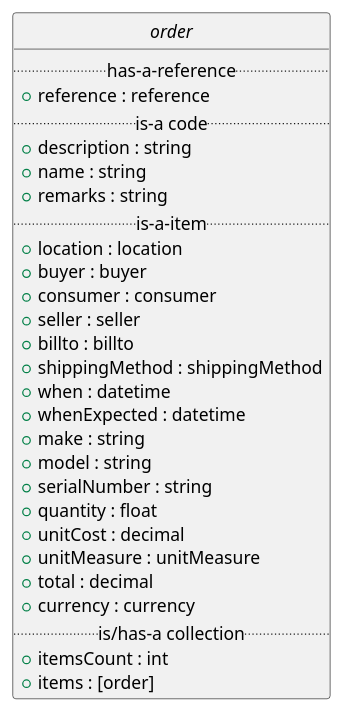
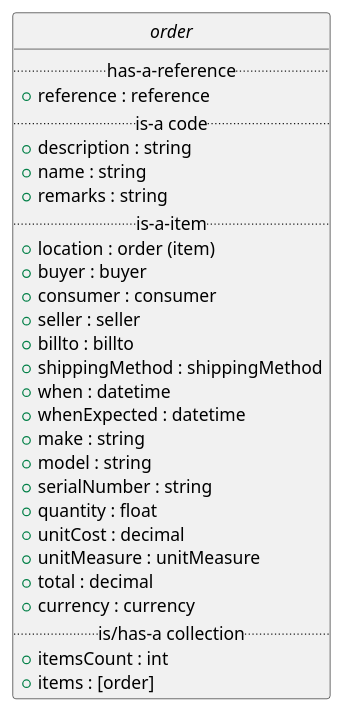
One commit to EciStg/order-placement changed the second of 2 diagrams in order/order.org. Above: the diagram before and after it, drawn with PlantUML. The commit also changed other lines of this file and 3 other files, not shown here.

Commit message:
order: fixed the type of order.location. still need to fix the example. it is not right.

```diff
--- a/order/order.org
+++ b/order/order.org
@@ -44,34 +44,34 @@
 #+BEGIN_SRC plantuml :file ../images/order-class-diagram.puml.png :exports results
   @startuml
   hide circle
 
   interface order {
   .. has-a-reference ..
   {field} + reference : reference
   .. is-a code ..
   {field} + description : string
   {field} + name : string
   {field} + remarks : string
   .. is-a-item ..
-  {field} + location : location
+  {field} + location : order (item)
   {field} + buyer : buyer
   {field} + consumer : consumer
   {field} + seller : seller
   {field} + billto : billto
   {field} + shippingMethod : shippingMethod
   {field} + when : datetime
   {field} + whenExpected : datetime
   {field} + make : string
   {field} + model : string
   {field} + serialNumber : string
   {field} + quantity : float
   {field} + unitCost : decimal
   {field} + unitMeasure : unitMeasure
   {field} + total : decimal
   {field} + currency : currency
   .. is/has-a collection ..
   {field} + itemsCount : int
   {field} + items : [order]
   }
   @enduml
 #+END_SRC
```
